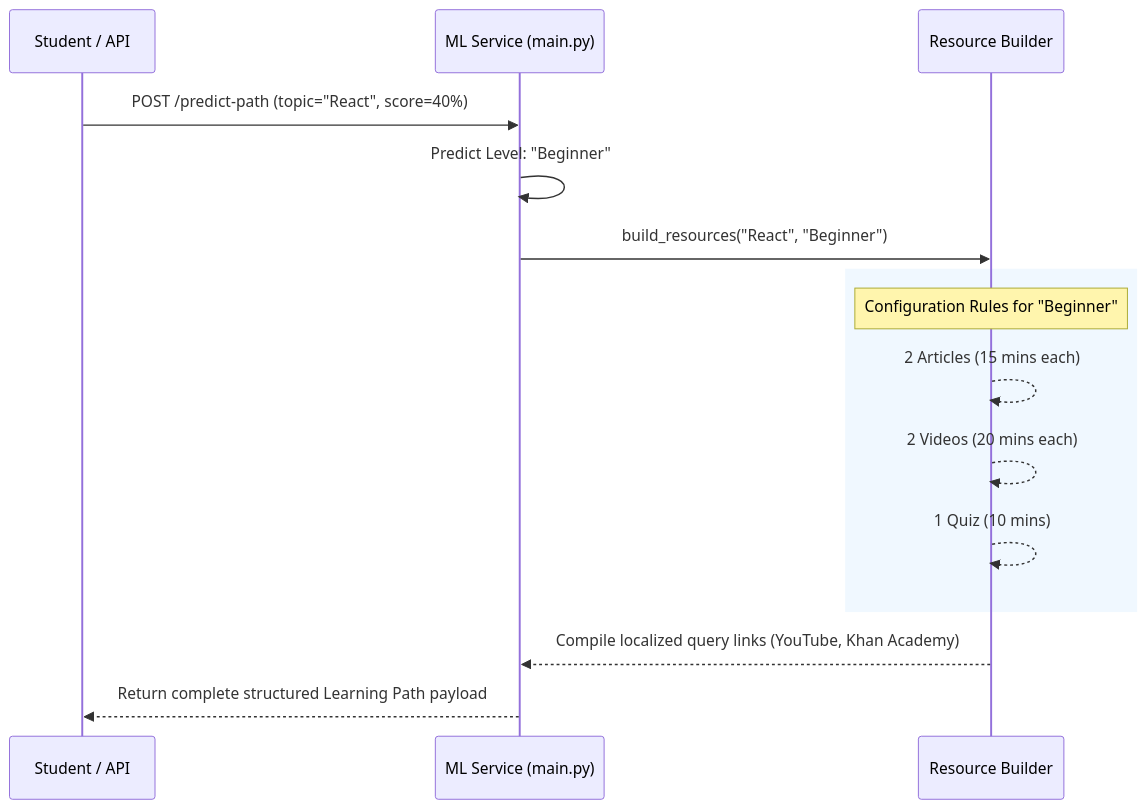
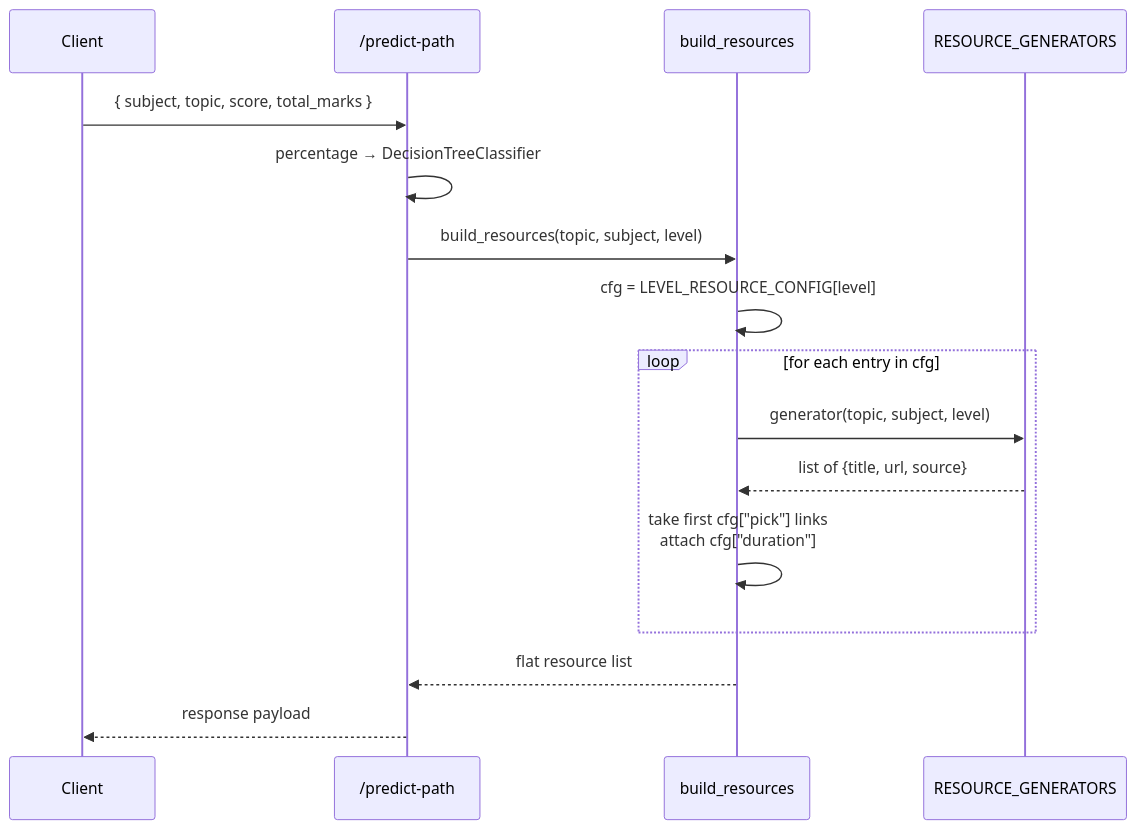
One commit to Lasyareddy26/EduAI changed the second of 3 diagrams in ml_pipeline_learning_path.md. Above: the diagram before and after it, drawn with Mermaid. The commit also changed other lines of this file, not shown here.

Commit message:
modified:   ml_pipeline_learning_path.md

````diff
--- a/ml_pipeline_learning_path.md
+++ b/ml_pipeline_learning_path.md
@@ -34,20 +101,19 @@
 ```mermaid
 sequenceDiagram
-    participant User as Student / API
-    participant ML as ML Service (main.py)
-    participant Res as Resource Builder
+    participant C as Client
+    participant API as /predict-path
+    participant B as build_resources
+    participant G as RESOURCE_GENERATORS
 
-    User->>ML: POST /predict-path (topic="React", score=40%)
-    ML->>ML: Predict Level: "Beginner"
-    ML->>Res: build_resources("React", "Beginner")
-
-    rect rgb(240, 248, 255)
-    Note over Res: Configuration Rules for "Beginner"
-    Res-->>Res: 2 Articles (15 mins each)
-    Res-->>Res: 2 Videos (20 mins each)
-    Res-->>Res: 1 Quiz (10 mins)
+    C->>API: { subject, topic, score, total_marks }
+    API->>API: percentage → DecisionTreeClassifier
+    API->>B: build_resources(topic, subject, level)
+    B->>B: cfg = LEVEL_RESOURCE_CONFIG[level]
+    loop for each entry in cfg
+        B->>G: generator(topic, subject, level)
+        G-->>B: list of {title, url, source}
+        B->>B: take first cfg["pick"] links<br/>attach cfg["duration"]
     end
-
-    Res-->>ML: Compile localized query links (YouTube, Khan Academy)
-    ML-->>User: Return complete structured Learning Path payload
+    B-->>API: flat resource list
+    API-->>C: response payload
 ```
````
